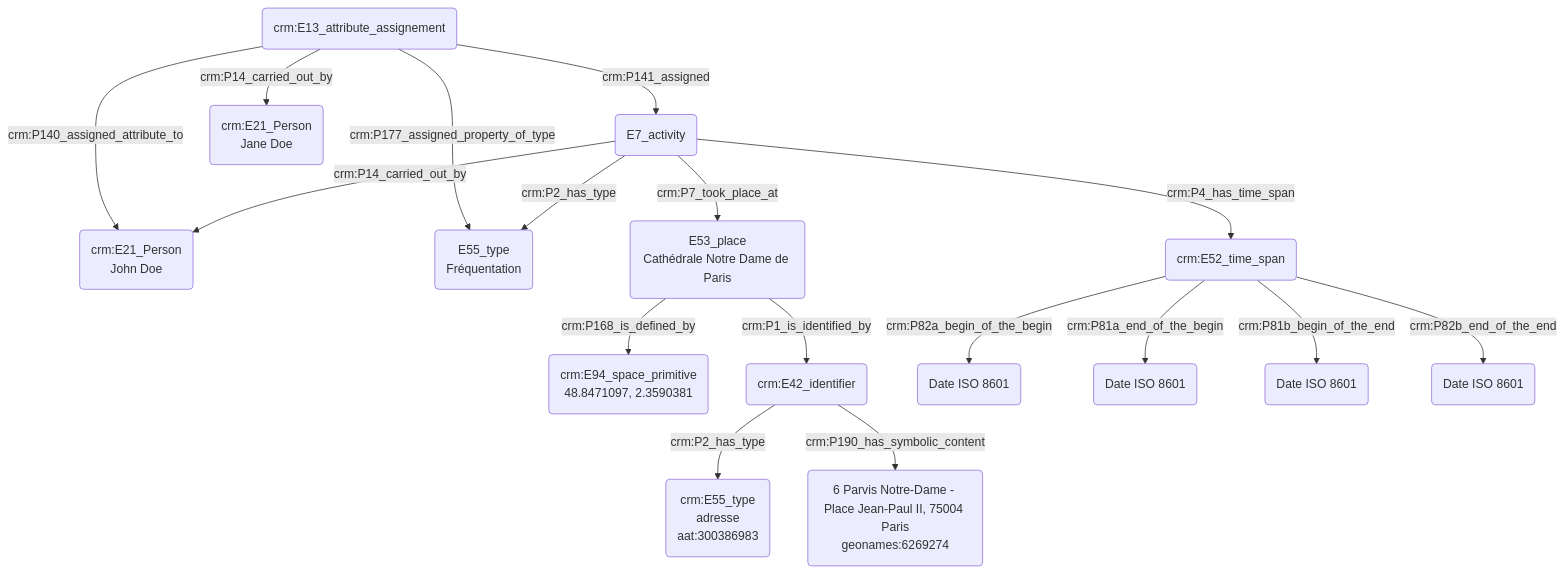
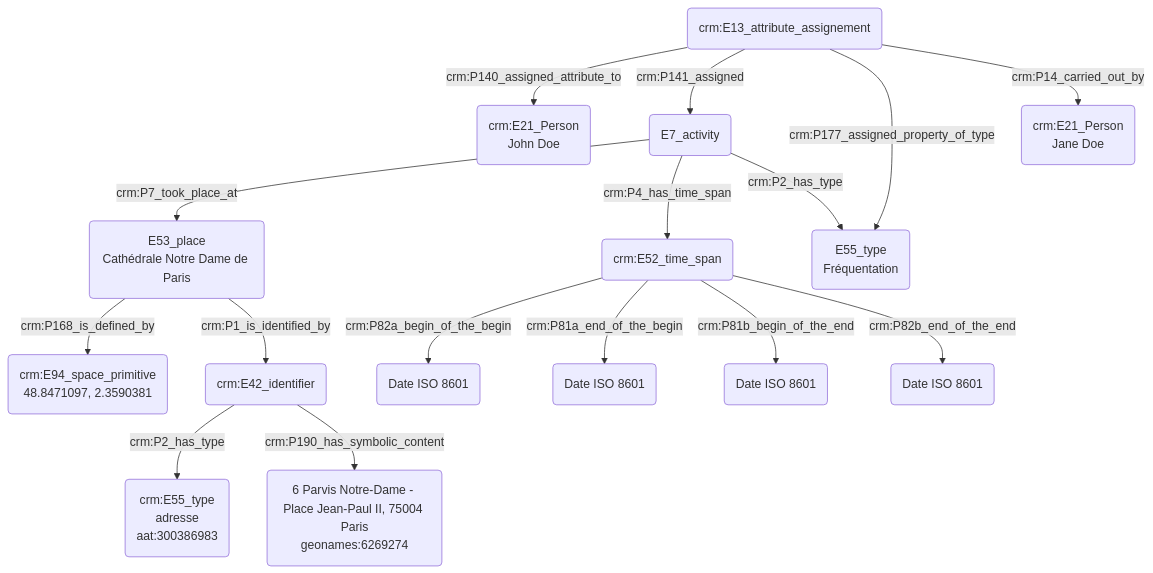
The diagram in modules/livrables/Dossier 2/Prosopographie/fréquentation d'un lieu à un instant donné.md (Amleth/consortium-musica2-gt2-ontologies), drawn with Mermaid before and after one commit.

Commit message:
Update fréquentation d'un lieu à un instant donné.md

````diff
--- a/modules/livrables/Dossier 2/Prosopographie/fréquentation d'un lieu à un instant donné.md
+++ b/modules/livrables/Dossier 2/Prosopographie/fréquentation d'un lieu à un instant donné.md
@@ -17,24 +17,24 @@
 ```mermaid
 graph TD;
 
-B(E7_activity) -->|crm:P14_carried_out_by| A(crm:E21_Person<br>John Doe)
-B(E7_activity) -->|crm:P2_has_type| C(E55_type<br>Fréquentation)
+
 
 B(E7_activity) -->|crm:P7_took_place_at| I(E53_place<br>Cathédrale Notre Dame de Paris)
 I(E53_place<br>Cathédrale Notre Dame de Paris) --> |crm:P168_is_defined_by| L(crm:E94_space_primitive<br>48.8471097, 2.3590381)
 I(E53_place<br>Cathédrale Notre Dame de Paris) --> |crm:P1_is_identified_by| M(crm:E42_identifier)
 M(crm:E42_identifier) --> |crm:P2_has_type| K(crm:E55_type<br>adresse<br>aat:300386983)
 M(crm:E42_identifier) --> |crm:P190_has_symbolic_content| N(6 Parvis Notre-Dame - Place Jean-Paul II, 75004 Paris<br>geonames:6269274)
 
 B(E7_activity) --> |crm:P4_has_time_span| D(crm:E52_time_span)
 D(crm:E52_time_span) --> |crm:P82a_begin_of_the_begin| E("Date ISO 8601")
 D(crm:E52_time_span) --> |crm:P81a_end_of_the_begin| F("Date ISO 8601")
 D(crm:E52_time_span) --> |crm:P81b_begin_of_the_end|G("Date ISO 8601")
 D(crm:E52_time_span) --> |crm:P82b_end_of_the_end| H("Date ISO 8601")
 
 U(crm:E13_attribute_assignement) --> |crm:P140_assigned_attribute_to| A(crm:E21_Person<br>John Doe)
 U(crm:E13_attribute_assignement) --> |crm:P141_assigned| B(E7_activity)
 U(crm:E13_attribute_assignement) --> |crm:P177_assigned_property_of_type| C(E55_type<br>Fréquentation)
 U(crm:E13_attribute_assignement) --> |crm:P14_carried_out_by| V(crm:E21_Person<br>Jane Doe)
+B(E7_activity) -->|crm:P2_has_type| C(E55_type<br>Fréquentation)
 
 ```
````
